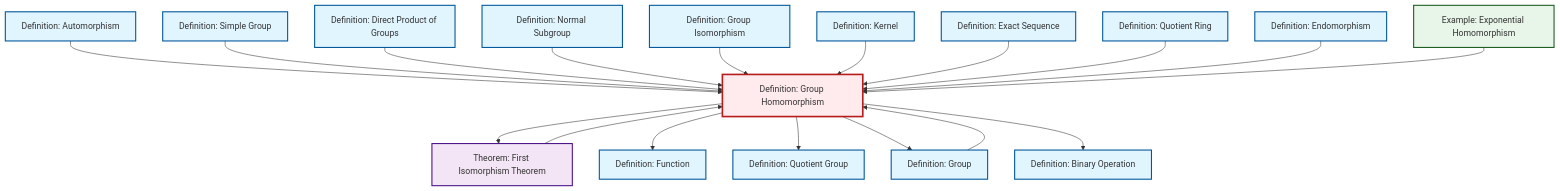
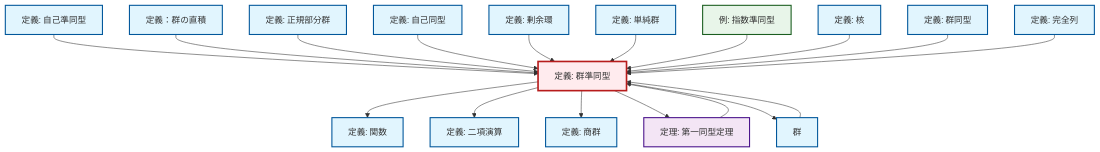
Before and after one commit to RK0429/ModernMath: the diagram in content/ja/algebra/def-homomorphism.qmd, drawn with Mermaid. The commit also changed 1069 other files, not shown here.

````diff
--- a/content/ja/algebra/def-homomorphism.qmd
+++ b/content/ja/algebra/def-homomorphism.qmd
@@ -66,58 +66,58 @@
 ```{mermaid}
 %%| fig-cap: "Local dependency graph"
 graph TD
     classDef definition fill:#e1f5fe,stroke:#01579b,stroke-width:2px
     classDef theorem fill:#f3e5f5,stroke:#4a148c,stroke-width:2px
     classDef axiom fill:#fff3e0,stroke:#e65100,stroke-width:2px
     classDef example fill:#e8f5e9,stroke:#1b5e20,stroke-width:2px
     classDef current fill:#ffebee,stroke:#b71c1c,stroke-width:3px
-    def-simple-group["Definition: Simple Group"]:::definition
-    def-quotient-ring["Definition: Quotient Ring"]:::definition
-    def-isomorphism["Definition: Group Isomorphism"]:::definition
-    def-exact-sequence["Definition: Exact Sequence"]:::definition
-    def-group["Definition: Group"]:::definition
-    thm-first-isomorphism["Theorem: First Isomorphism Theorem"]:::theorem
-    def-quotient-group["Definition: Quotient Group"]:::definition
-    ex-exponential-homomorphism["Example: Exponential Homomorphism"]:::example
-    def-kernel["Definition: Kernel"]:::definition
-    def-binary-operation["Definition: Binary Operation"]:::definition
-    def-function["Definition: Function"]:::definition
-    def-direct-product["Definition: Direct Product of Groups"]:::definition
-    def-homomorphism["Definition: Group Homomorphism"]:::definition
-    def-normal-subgroup["Definition: Normal Subgroup"]:::definition
-    def-endomorphism["Definition: Endomorphism"]:::definition
-    def-automorphism["Definition: Automorphism"]:::definition
-    def-group --> def-homomorphism
-    def-automorphism --> def-homomorphism
-    def-simple-group --> def-homomorphism
+    ex-exponential-homomorphism["例: 指数準同型"]:::example
+    def-automorphism["定義: 自己同型"]:::definition
+    def-function["定義: 関数"]:::definition
+    def-endomorphism["定義: 自己準同型"]:::definition
+    def-normal-subgroup["定義: 正規部分群"]:::definition
+    def-binary-operation["定義: 二項演算"]:::definition
+    def-isomorphism["定義: 群同型"]:::definition
+    def-quotient-ring["定義: 剰余環"]:::definition
+    def-exact-sequence["定義: 完全列"]:::definition
+    def-direct-product["定義：群の直積"]:::definition
+    thm-first-isomorphism["定理: 第一同型定理"]:::theorem
+    def-quotient-group["定義: 商群"]:::definition
+    def-homomorphism["定義: 群準同型"]:::definition
+    def-simple-group["定義: 単純群"]:::definition
+    def-kernel["定義: 核"]:::definition
+    def-group["群"]:::definition
+    def-endomorphism --> def-homomorphism
     def-direct-product --> def-homomorphism
     def-normal-subgroup --> def-homomorphism
+    def-homomorphism --> def-function
+    thm-first-isomorphism --> def-homomorphism
+    def-automorphism --> def-homomorphism
+    def-quotient-ring --> def-homomorphism
+    def-simple-group --> def-homomorphism
+    def-homomorphism --> def-binary-operation
+    def-homomorphism --> def-quotient-group
     def-homomorphism --> thm-first-isomorphism
+    ex-exponential-homomorphism --> def-homomorphism
+    def-kernel --> def-homomorphism
+    def-group --> def-homomorphism
     def-isomorphism --> def-homomorphism
-    def-kernel --> def-homomorphism
-    def-homomorphism --> def-function
-    def-homomorphism --> def-quotient-group
-    thm-first-isomorphism --> def-homomorphism
     def-homomorphism --> def-group
     def-exact-sequence --> def-homomorphism
-    def-homomorphism --> def-binary-operation
-    def-quotient-ring --> def-homomorphism
-    def-endomorphism --> def-homomorphism
-    ex-exponential-homomorphism --> def-homomorphism
     class def-homomorphism current
-    click def-simple-group "def-simple-group.html" "Definition: Simple Groupへ"
-    click def-quotient-ring "def-quotient-ring.html" "Definition: Quotient Ringへ"
-    click def-isomorphism "def-isomorphism.html" "Definition: Group Isomorphismへ"
-    click def-exact-sequence "def-exact-sequence.html" "Definition: Exact Sequenceへ"
-    click def-group "def-group.html" "Definition: Groupへ"
-    click thm-first-isomorphism "thm-first-isomorphism.html" "Theorem: First Isomorphism Theoremへ"
-    click def-quotient-group "def-quotient-group.html" "Definition: Quotient Groupへ"
-    click ex-exponential-homomorphism "ex-exponential-homomorphism.html" "Example: Exponential Homomorphismへ"
-    click def-kernel "def-kernel.html" "Definition: Kernelへ"
-    click def-binary-operation "def-binary-operation.html" "Definition: Binary Operationへ"
-    click def-function "def-function.html" "Definition: Functionへ"
-    click def-direct-product "def-direct-product.html" "Definition: Direct Product of Groupsへ"
-    click def-normal-subgroup "def-normal-subgroup.html" "Definition: Normal Subgroupへ"
-    click def-endomorphism "def-endomorphism.html" "Definition: Endomorphismへ"
-    click def-automorphism "def-automorphism.html" "Definition: Automorphismへ"
+    click ex-exponential-homomorphism "ex-exponential-homomorphism.html" "指数準同型の例へ"
+    click def-automorphism "def-automorphism.html" "自己同型の定義へ"
+    click def-function "def-function.html" "関数の定義へ"
+    click def-endomorphism "def-endomorphism.html" "自己準同型の定義へ"
+    click def-normal-subgroup "def-normal-subgroup.html" "正規部分群の定義へ"
+    click def-binary-operation "def-binary-operation.html" "二項演算の定義へ"
+    click def-isomorphism "def-isomorphism.html" "群同型の定義へ"
+    click def-quotient-ring "def-quotient-ring.html" "剰余環の定義へ"
+    click def-exact-sequence "def-exact-sequence.html" "完全列の定義へ"
+    click def-direct-product "def-direct-product.html" "定義：群の直積へ"
+    click thm-first-isomorphism "thm-first-isomorphism.html" "第一同型定理の定理へ"
+    click def-quotient-group "def-quotient-group.html" "商群の定義へ"
+    click def-simple-group "def-simple-group.html" "単純群の定義へ"
+    click def-kernel "def-kernel.html" "核の定義へ"
+    click def-group "def-group.html" "群へ"
 ```
````
